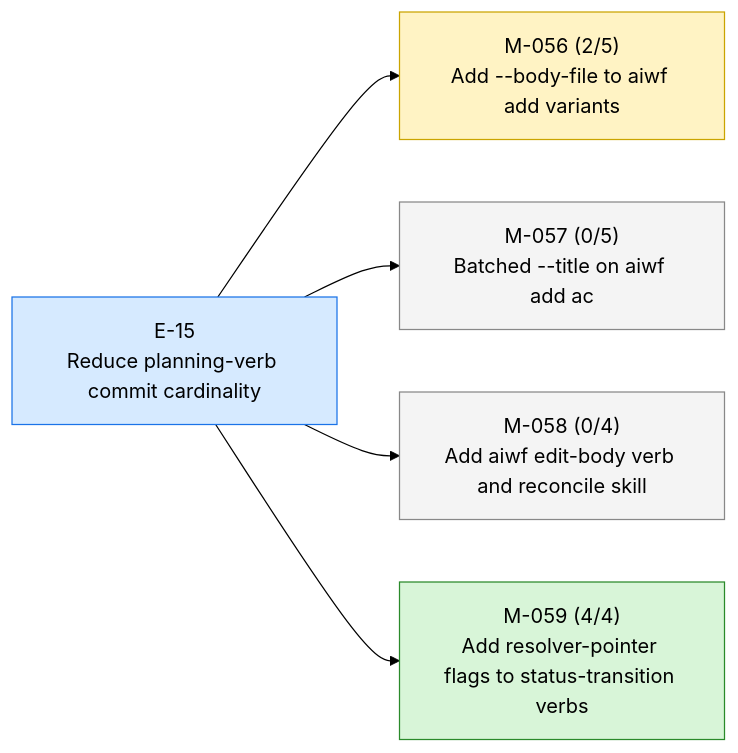
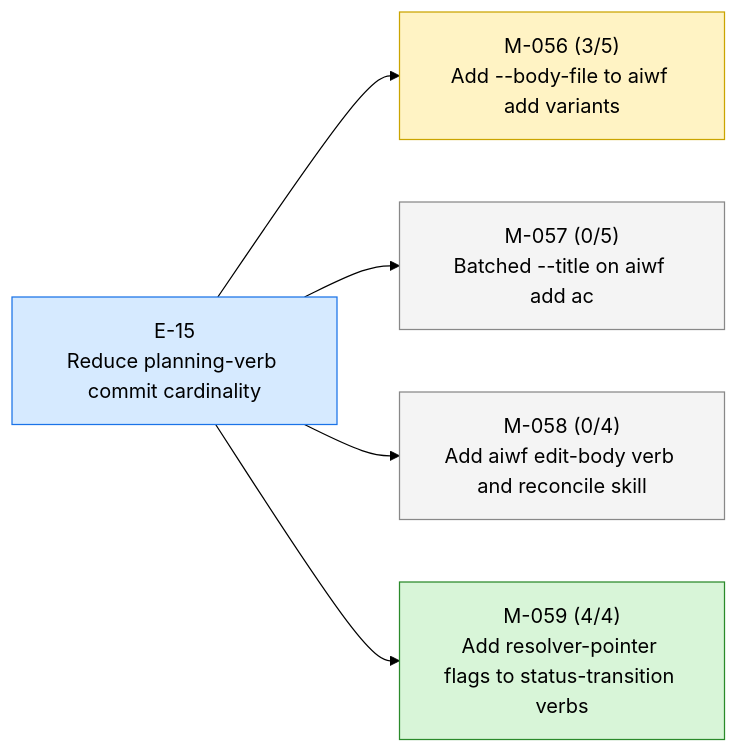
The first of 3 diagrams in STATUS.md (23min/aiwf), drawn with Mermaid (forest theme) before and after one commit. The commit also changed other lines of this file and 1 other file, not shown here.

First line of the commit message:
aiwf promote M-056/AC-3 open -> met

````diff
--- a/STATUS.md
+++ b/STATUS.md
@@ -14,18 +14,18 @@
 ```mermaid
 flowchart LR
   E_15["E-15<br/>Reduce planning-verb commit cardinality"]:::epic_active
-  M_056["M-056 (2/5)<br/>Add --body-file to aiwf add variants"]:::ms_in_progress
+  M_056["M-056 (3/5)<br/>Add --body-file to aiwf add variants"]:::ms_in_progress
   E_15 --> M_056
   M_057["M-057 (0/5)<br/>Batched --title on aiwf add ac"]:::ms_draft
   E_15 --> M_057
   M_058["M-058 (0/4)<br/>Add aiwf edit-body verb and reconcile skill"]:::ms_draft
   E_15 --> M_058
   M_059["M-059 (4/4)<br/>Add resolver-pointer flags to status-transition verbs"]:::ms_done
   E_15 --> M_059
   classDef epic_active fill:#d6eaff,stroke:#1a73e8,color:#000
   classDef epic_proposed fill:#f4f4f4,stroke:#888,color:#000
   classDef ms_done fill:#d8f5d8,stroke:#2a8a2a,color:#000
   classDef ms_in_progress fill:#fff3c4,stroke:#caa400,color:#000
   classDef ms_draft fill:#f4f4f4,stroke:#888,color:#000
   classDef ms_cancelled fill:#fbeaea,stroke:#c33,color:#000
 ```
````
